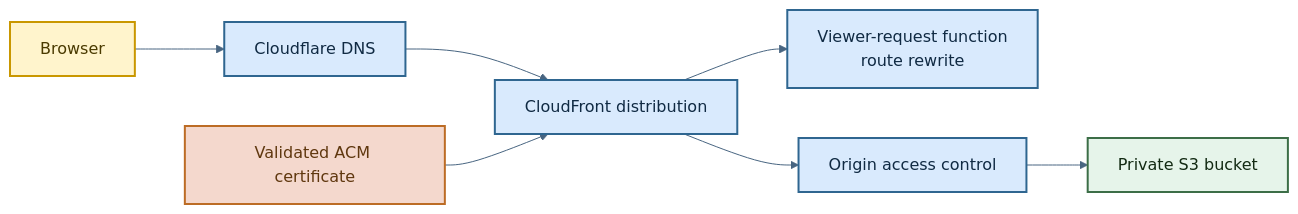
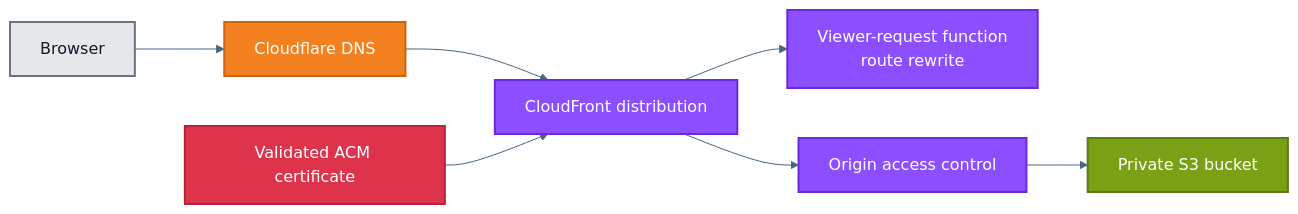
Before and after one commit to reiganarmstrong/check-split-mono: the first of 2 diagrams in infra/modules/static-website-hosting/README.md, drawn with Mermaid. The commit also changed other lines of this file and 9 other files, not shown here.

First line of the commit message:
docs(readme): align architecture diagrams and hosting docs

````diff
--- a/infra/modules/static-website-hosting/README.md
+++ b/infra/modules/static-website-hosting/README.md
@@ -23,30 +23,32 @@
 ```mermaid
 ---
 config:
   theme: base
   themeVariables:
     primaryColor: "#D9EAFD"
     primaryTextColor: "#102A43"
     primaryBorderColor: "#2F6690"
     lineColor: "#486581"
     secondaryColor: "#E6F4EA"
     tertiaryColor: "#FFF4CC"
 ---
 flowchart LR
   U["Browser"] --> DNS["Cloudflare DNS"]
   DNS --> CF["CloudFront distribution"]
   CF --> F["Viewer-request function<br/>route rewrite"]
   CF --> OAC["Origin access control"]
   OAC --> S3["Private S3 bucket"]
   ACM["Validated ACM certificate"] --> CF
 
-  classDef user fill:#FFF4CC,stroke:#C99700,color:#4A3A00,stroke-width:2px;
-  classDef edge fill:#D9EAFD,stroke:#2F6690,color:#102A43,stroke-width:2px;
-  classDef storage fill:#E6F4EA,stroke:#3C6E47,color:#132A13,stroke-width:2px;
-  classDef cert fill:#F4D8CD,stroke:#BC6C25,color:#5F370E,stroke-width:2px;
+  classDef user fill:#E5E7EB,stroke:#6B7280,color:#111827,stroke-width:2px;
+  classDef cloudflare fill:#F48120,stroke:#C96410,color:#FFFFFF,stroke-width:2px;
+  classDef cloudfront fill:#8C4FFF,stroke:#6D28D9,color:#FFFFFF,stroke-width:2px;
+  classDef s3 fill:#7AA116,stroke:#5B7A10,color:#FFFFFF,stroke-width:2px;
+  classDef acm fill:#DD344C,stroke:#B42336,color:#FFFFFF,stroke-width:2px;
 
   class U user;
-  class DNS,CF,F,OAC edge;
-  class S3 storage;
-  class ACM cert;
+  class DNS cloudflare;
+  class CF,F,OAC cloudfront;
+  class S3 s3;
+  class ACM acm;
 ```
````
